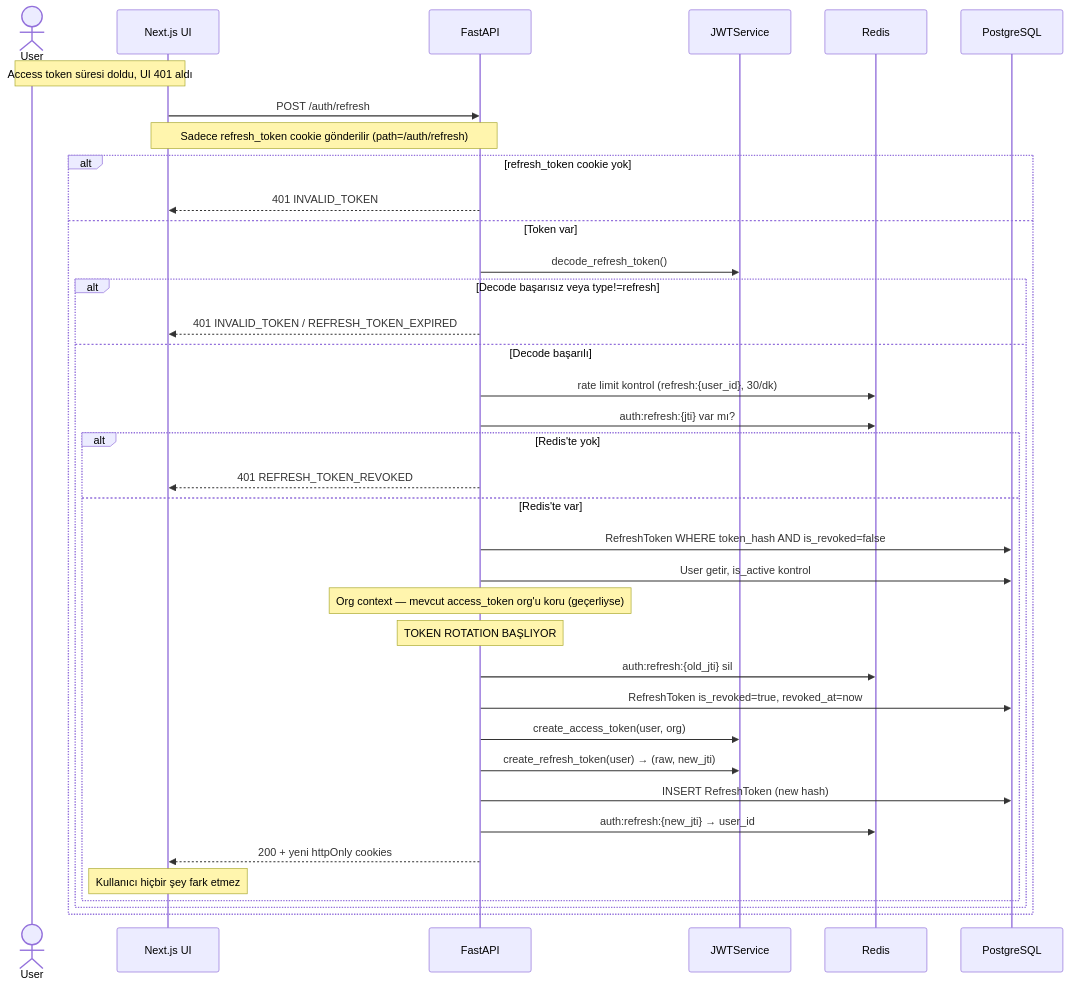
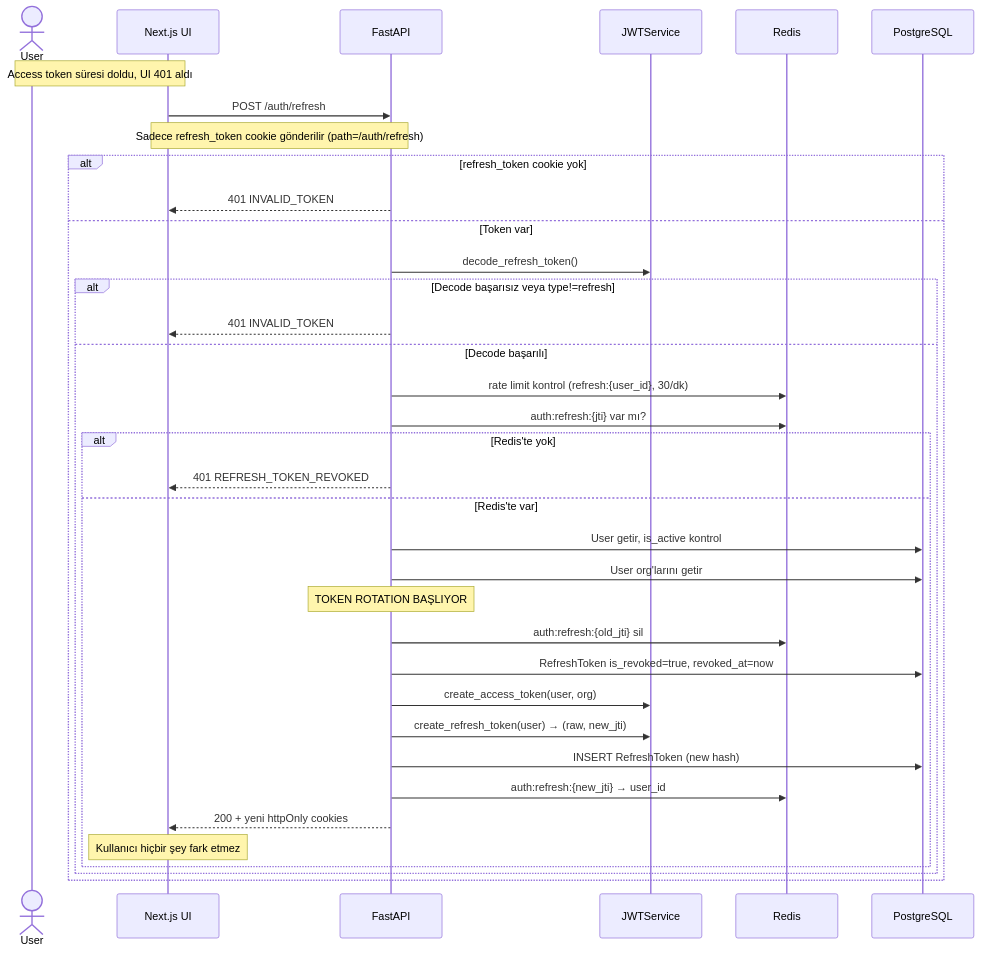
The first of 6 diagrams in docs/diagrams/mermaid-codes/M4-diagrams.md (kutluhaan/AI-Agent-Observatory-House), drawn with Mermaid before and after one commit. The commit also changed other lines of this file, not shown here.

Commit message:
Refactor M4 diagrams and update authentication flow documentation. Simplify token handling responses and clarify organization member checks in the GET /auth/me flow. Enhance sequence diagrams for better understanding of authentication processes.

````diff
--- a/docs/diagrams/mermaid-codes/M4-diagrams.md
+++ b/docs/diagrams/mermaid-codes/M4-diagrams.md
@@ -5,41 +5,40 @@
 ```mermaid
 sequenceDiagram
     actor User
     participant UI as Next.js UI
     participant API as FastAPI
     participant JWT as JWTService
     participant Redis
     participant DB as PostgreSQL
 
     Note over User,UI: Access token süresi doldu, UI 401 aldı
     UI->>API: POST /auth/refresh
     Note over UI,API: Sadece refresh_token cookie gönderilir (path=/auth/refresh)
 
     alt refresh_token cookie yok
         API-->>UI: 401 INVALID_TOKEN
     else Token var
         API->>JWT: decode_refresh_token()
         alt Decode başarısız veya type!=refresh
-            API-->>UI: 401 INVALID_TOKEN / REFRESH_TOKEN_EXPIRED
+            API-->>UI: 401 INVALID_TOKEN
         else Decode başarılı
             API->>Redis: rate limit kontrol (refresh:{user_id}, 30/dk)
             API->>Redis: auth:refresh:{jti} var mı?
             alt Redis'te yok
                 API-->>UI: 401 REFRESH_TOKEN_REVOKED
             else Redis'te var
-                API->>DB: RefreshToken WHERE token_hash AND is_revoked=false
                 API->>DB: User getir, is_active kontrol
-                Note over API: Org context — mevcut access_token org'u koru (geçerliyse)
+                API->>DB: User org'larını getir
                 Note over API: TOKEN ROTATION BAŞLIYOR
                 API->>Redis: auth:refresh:{old_jti} sil
                 API->>DB: RefreshToken is_revoked=true, revoked_at=now
                 API->>JWT: create_access_token(user, org)
                 API->>JWT: create_refresh_token(user) → (raw, new_jti)
                 API->>DB: INSERT RefreshToken (new hash)
                 API->>Redis: auth:refresh:{new_jti} → user_id
                 API-->>UI: 200 + yeni httpOnly cookies
                 Note over UI: Kullanıcı hiçbir şey fark etmez
             end
         end
     end
 ```
````
